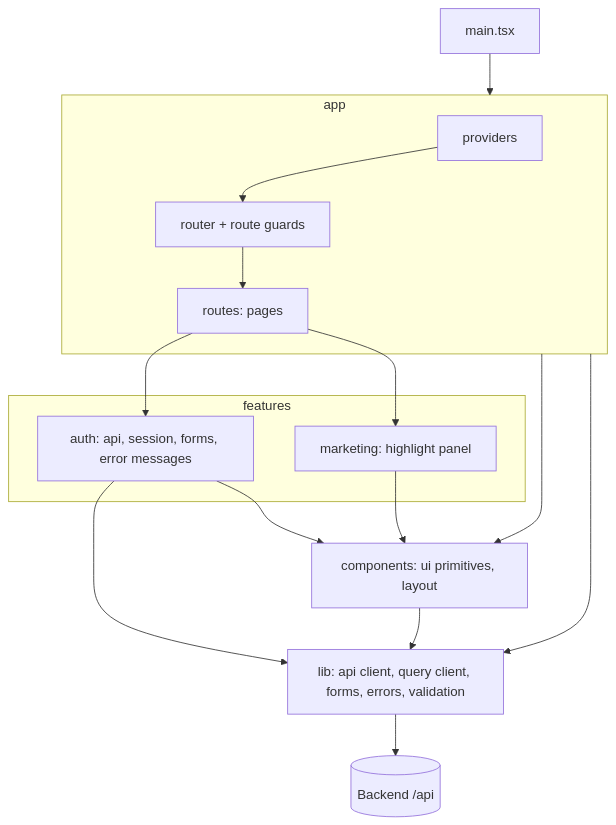
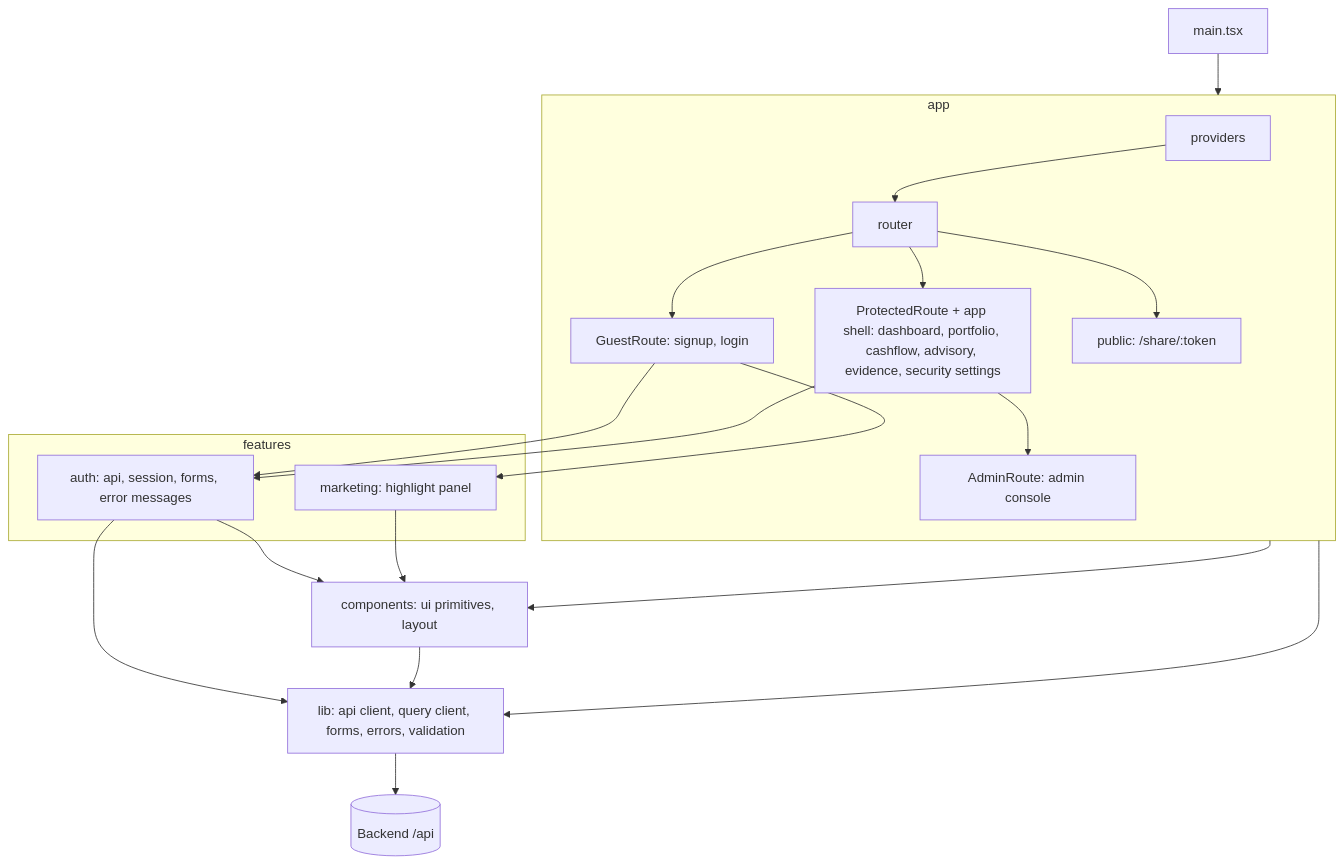
The diagram in docs/architecture/c3-frontend.md (Nikhil-Mundhra/Wealth-Advisor), drawn with Mermaid before and after one commit. The commit also changed other lines of this file and 7 other files, not shown here.

````diff
--- a/docs/architecture/c3-frontend.md
+++ b/docs/architecture/c3-frontend.md
@@ -4,21 +4,25 @@
 ```mermaid
 flowchart TB
   main[main.tsx] --> app
   subgraph app[app]
-    providers[providers] --> router[router + route guards]
-    router --> routes[routes: pages]
+    providers[providers] --> router[router]
+    router --> guest[GuestRoute: signup, login]
+    router --> protected[ProtectedRoute + app shell: dashboard, portfolio, cashflow, advisory, evidence, security settings]
+    protected --> admin[AdminRoute: admin console]
+    router --> share[public: /share/:token]
   end
   subgraph features[features]
     auth[auth: api, session, forms, error messages]
     marketing[marketing: highlight panel]
   end
-  routes --> auth
-  routes --> marketing
+  guest --> auth
+  guest --> marketing
+  protected --> auth
   app --> ui
   app --> lib
   auth --> ui[components: ui primitives, layout]
   marketing --> ui
   auth --> lib[lib: api client, query client, forms, errors, validation]
   ui --> lib
   lib --> api[(Backend /api)]
 ```
````
